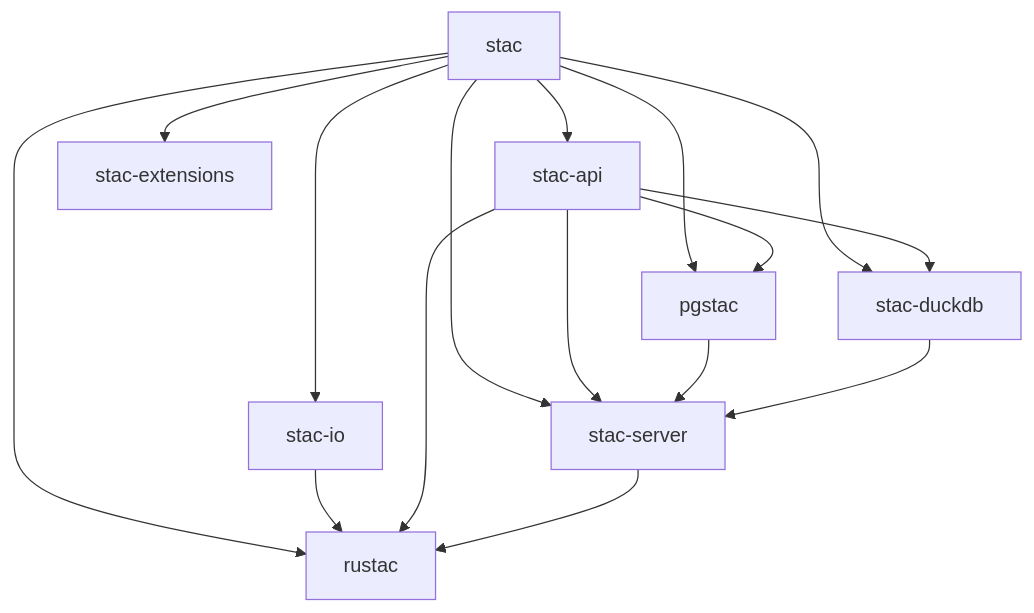
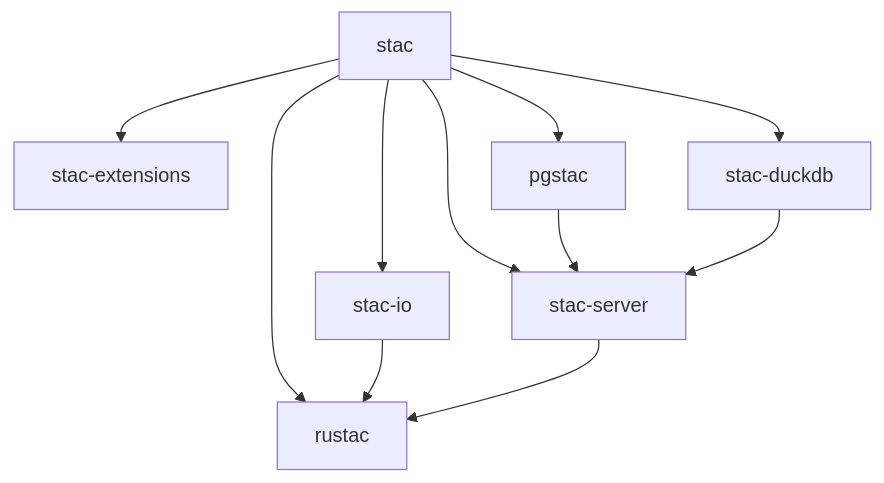
The diagram in README.md (stac-utils/rustac), drawn with Mermaid before and after one commit. The commit also changed other lines of this file and 39 other files, not shown here.

Commit message:
refactor: move stac_api crate into stac crate

````diff
--- a/README.md
+++ b/README.md
@@ -92,18 +91,13 @@
 ```mermaid
 graph TD
-    stac --> stac-api
     stac --> stac-io
     stac --> stac-extensions
     stac --> rustac
     stac --> pgstac
     stac --> stac-duckdb
     stac --> stac-server
     stac-io --> rustac
-    stac-api --> pgstac
-    stac-api --> stac-duckdb
-    stac-api --> stac-server
-    stac-api --> rustac
     pgstac --> stac-server
     stac-duckdb --> stac-server
     stac-server --> rustac
 ```
````
